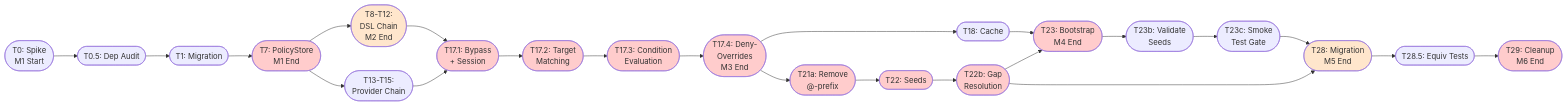
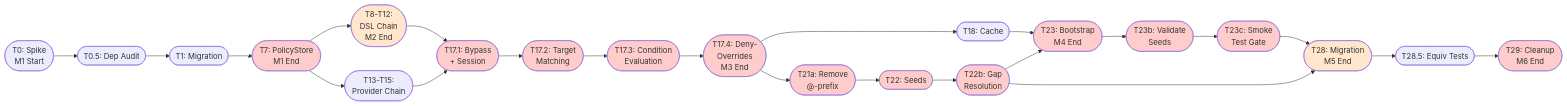
The first of 2 diagrams in docs/plans/2026-02-06-full-abac-implementation.md (holomush/holomush), drawn with Mermaid before and after one commit. The commit also changed other lines of this file, not shown here.

Commit message:
fix(plans): add critical path style to T23b and T23c in Mermaid diagrams
T23b and T23c are on the critical path but lacked the red fill
(#ffcccc) styling applied to other critical path nodes.

Fixes: holomush-5k1.490

````diff
--- a/docs/plans/2026-02-06-full-abac-implementation.md
+++ b/docs/plans/2026-02-06-full-abac-implementation.md
@@ -105,41 +105,43 @@
 ```mermaid
 graph LR
     T0([T0: Spike<br/>M1 Start]) --> T0_5([T0.5: Dep Audit])
     T0_5 --> T1([T1: Migration])
     T1 --> T7([T7: PolicyStore<br/>M1 End])
 
     T7 --> T8_12([T8-T12:<br/>DSL Chain<br/>M2 End])
     T7 --> T13_15([T13-T15:<br/>Provider Chain])
 
     T8_12 --> T17_1([T17.1: Bypass<br/>+ Session])
     T13_15 --> T17_1
     T17_1 --> T17_2([T17.2: Target<br/>Matching])
     T17_2 --> T17_3([T17.3: Condition<br/>Evaluation])
     T17_3 --> T17_4([T17.4: Deny-<br/>Overrides<br/>M3 End])
 
     T17_4 --> T18([T18: Cache])
     T17_4 --> T21a([T21a: Remove<br/>@-prefix])
     T18 --> T23([T23: Bootstrap<br/>M4 End])
     T21a --> T22([T22: Seeds])
     T22 --> T22b([T22b: Gap<br/>Resolution])
     T22b --> T23
     T22b --> T28
     T23 --> T23b([T23b: Validate<br/>Seeds])
     T23b --> T23c([T23c: Smoke<br/>Test Gate])
     T23c --> T28([T28: Migration<br/>M5 End])
     T28 --> T28_5([T28.5: Equiv Tests])
     T28_5 --> T29([T29: Cleanup<br/>M6 End])
 
     style T7 fill:#ffcccc
     style T8_12 fill:#ffe6cc
     style T17_1 fill:#ffcccc
     style T17_2 fill:#ffcccc
     style T17_3 fill:#ffcccc
     style T17_4 fill:#ffcccc
     style T21a fill:#ffcccc
     style T22 fill:#ffcccc
     style T22b fill:#ffcccc
     style T23 fill:#ffcccc
+    style T23b fill:#ffcccc
+    style T23c fill:#ffcccc
     style T28 fill:#ffe6cc
     style T29 fill:#ffcccc
 ```
````
